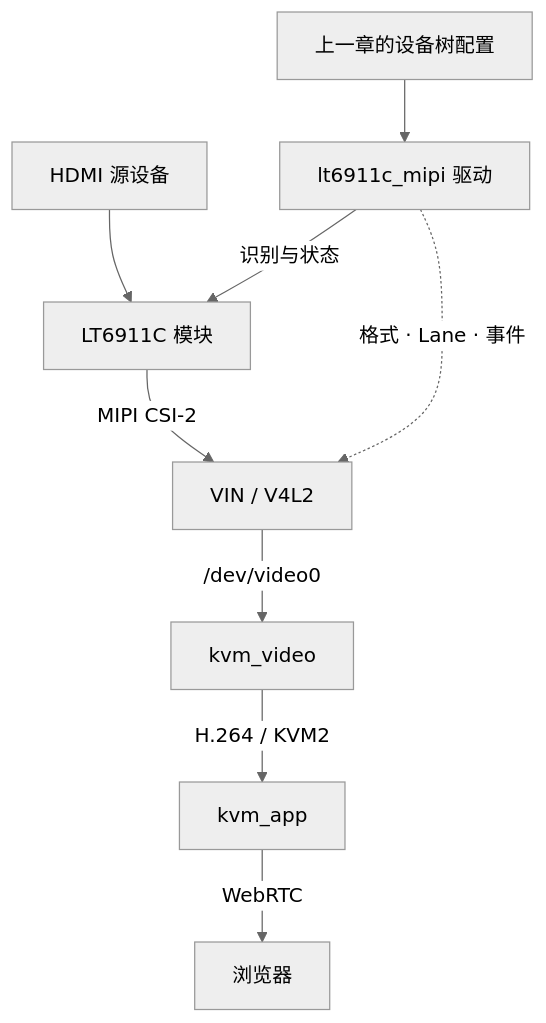
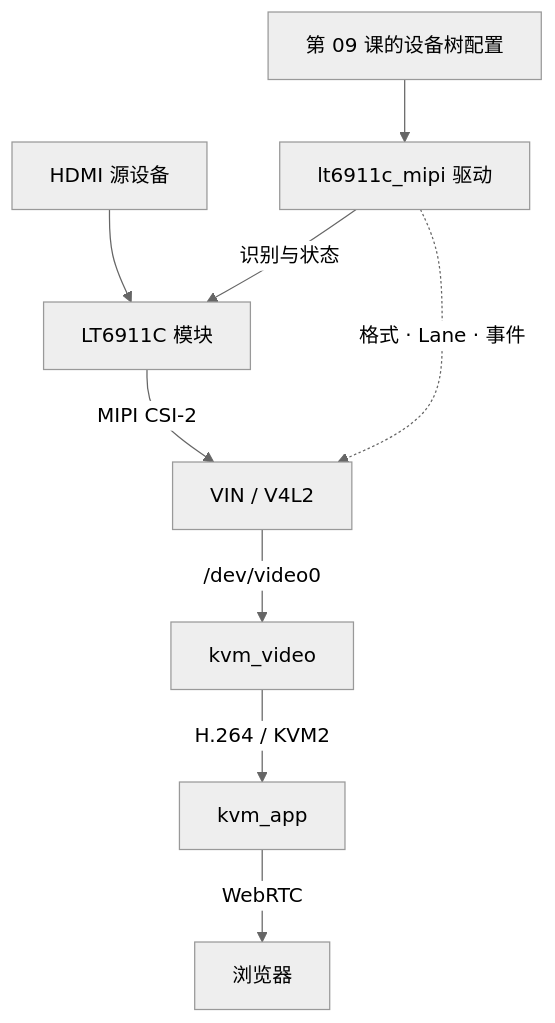
Before and after one commit to dshanpi/solution-docs: the diagram in docs/course/drivers/lt6911c-driver.md, drawn with Mermaid. The commit also changed other lines of this file and 11 other files, not shown here.

````diff
--- a/docs/course/drivers/lt6911c-driver.md
+++ b/docs/course/drivers/lt6911c-driver.md
@@ -16,12 +16,12 @@
 ```mermaid
 %%{init: {'theme': 'neutral'}}%%
-flowchart TD
+flowchart TB
   S[HDMI 源设备] --> C[LT6911C 模块]
   C -->|MIPI CSI-2| V[VIN / V4L2]
   V -->|/dev/video0| A[kvm_video]
   A -->|H.264 / KVM2| G[kvm_app]
   G -->|WebRTC| B[浏览器]
-  D[上一章的设备树配置] --> L[lt6911c_mipi 驱动]
+  D[第 09 课的设备树配置] --> L[lt6911c_mipi 驱动]
   L -->|识别与状态| C
   L -.格式 · Lane · 事件.-> V
 ```
````
